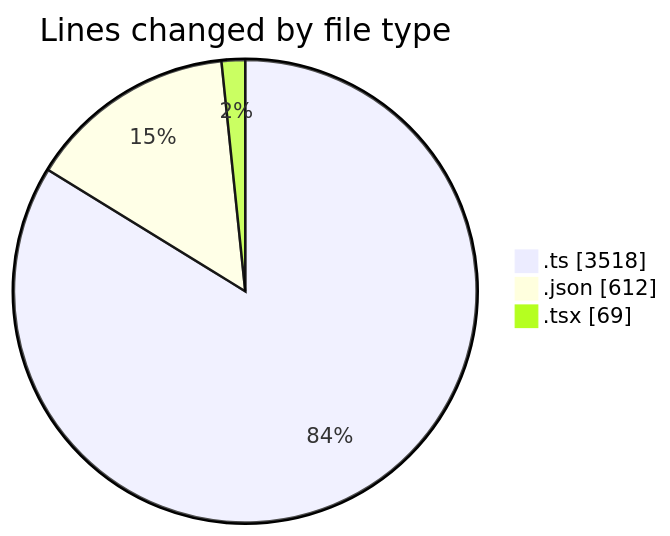
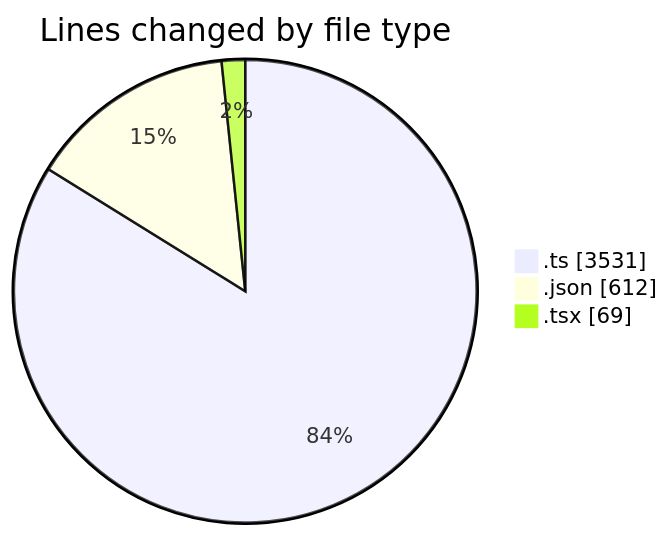
The first of 2 diagrams in 2025-10-22/cda/README.md (momahboobian/code-tracking), drawn with Mermaid before and after one commit. The commit also changed other lines of this file and 1 other file, not shown here.

````diff
--- a/2025-10-22/cda/README.md
+++ b/2025-10-22/cda/README.md
@@ -29,7 +29,7 @@
 ```mermaid
 pie showData
 title Lines changed by file type
-".ts" : 3518
+".ts" : 3531
 ".json" : 612
 ".tsx" : 69
 ```
````
